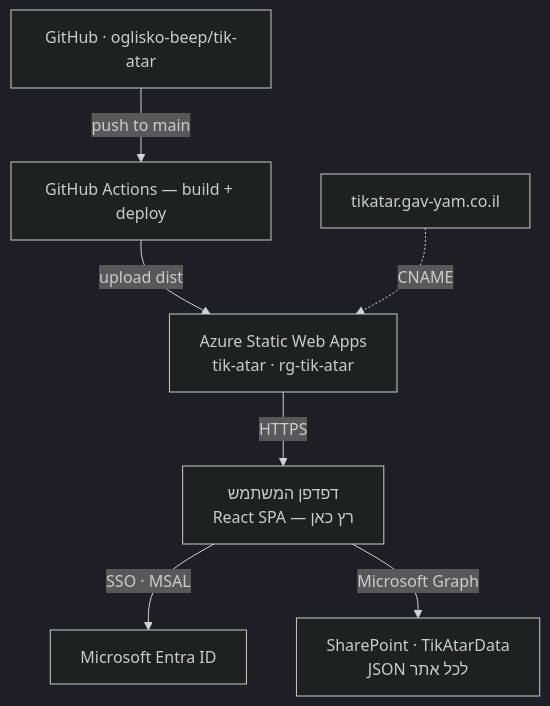
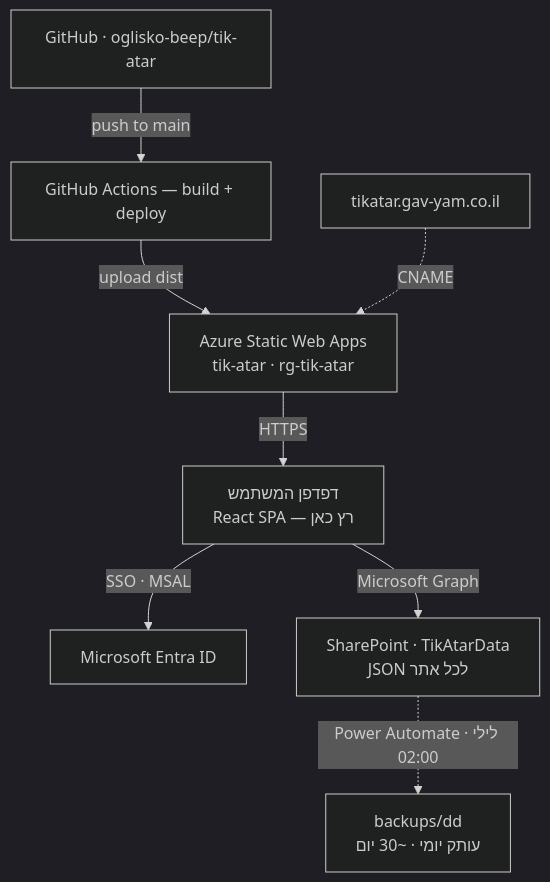
The diagram in docs/INFRASTRUCTURE.md (oglisko-beep/tik-atar), drawn with Mermaid (dark theme) before and after one commit. The commit also changed other lines of this file and 2 other files, not shown here.

First line of the commit message:
docs(backup): Phase 3 — nightly SharePoint backup via Power Automate

````diff
--- a/docs/INFRASTRUCTURE.md
+++ b/docs/INFRASTRUCTURE.md
@@ -25,9 +25,10 @@
 ```mermaid
 flowchart TB
   GH["GitHub · oglisko-beep/tik-atar"] -->|push to main| ACT["GitHub Actions — build + deploy"]
   ACT -->|upload dist| SWA["Azure Static Web Apps<br/>tik-atar · rg-tik-atar"]
   DNS["tikatar.gav-yam.co.il"] -. CNAME .-> SWA
   SWA -->|HTTPS| USER["דפדפן המשתמש<br/>React SPA — רץ כאן"]
   USER -->|SSO · MSAL| ENTRA["Microsoft Entra ID"]
   USER -->|Microsoft Graph| SP["SharePoint · TikAtarData<br/>JSON לכל אתר"]
+  SP -.->|Power Automate · לילי 02:00| BK["backups/dd<br/>עותק יומי · ~30 יום"]
 ```
````
